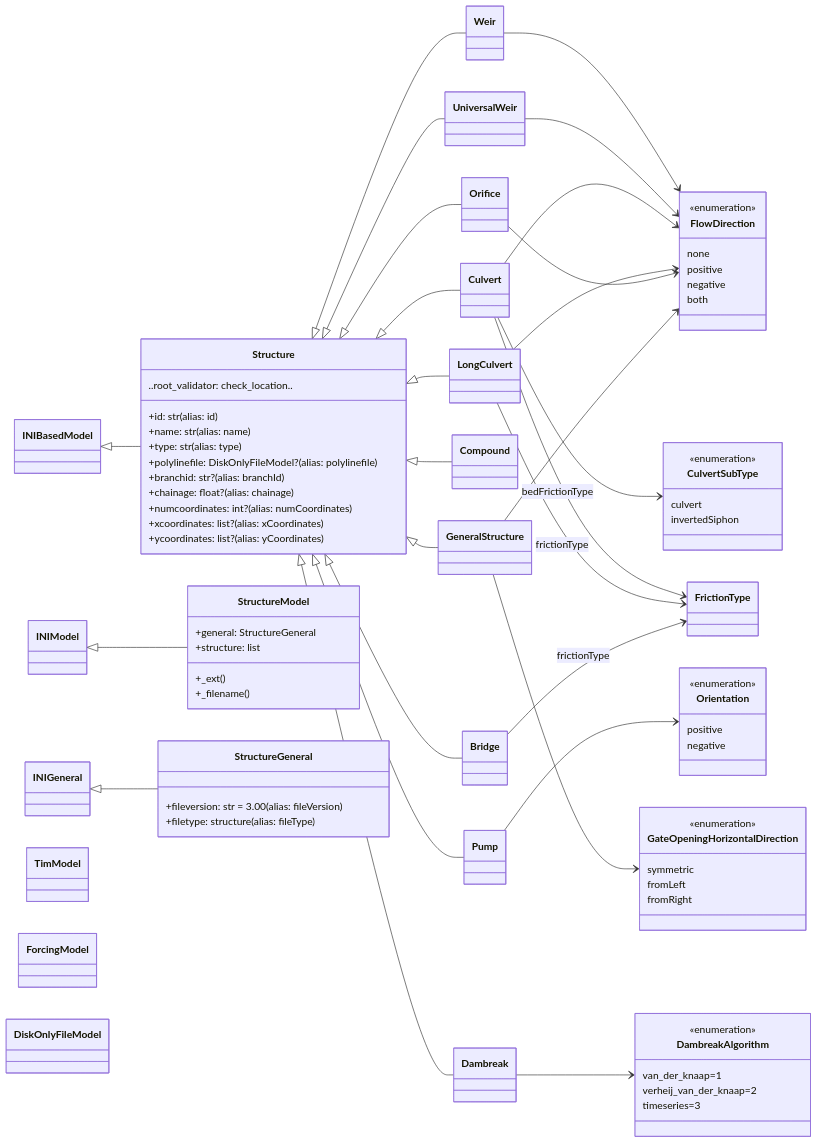
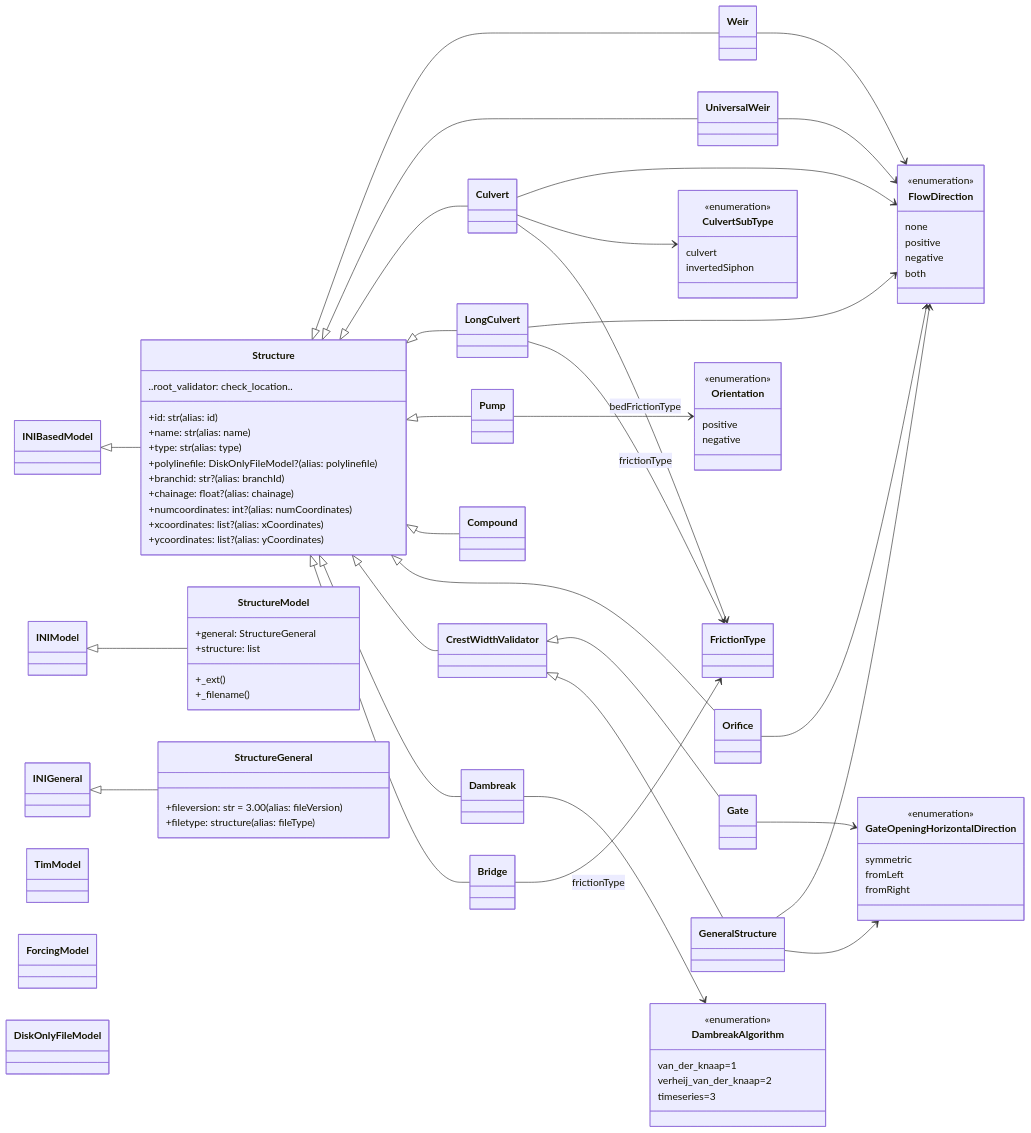
The first of 9 diagrams in docs/reference/dflowfm/external-forcing/structures/structure-overview.md (Deltares/HYDROLIB-core), drawn with Mermaid before and after one commit. The commit also changed other lines of this file, not shown here.

Commit message:
feat(models): add Gate class and CrestWidthValidator for gate width validation

```diff
--- a/docs/reference/dflowfm/external-forcing/structures/structure-overview.md
+++ b/docs/reference/dflowfm/external-forcing/structures/structure-overview.md
@@ -41,6 +41,7 @@
     class Pump
     class Compound
     class Orifice
+    class Gate
     class GeneralStructure
     class Dambreak
     class Bridge
@@ -67,7 +68,9 @@
     Structure <|-- Pump
     Structure <|-- Compound
     Structure <|-- Orifice
-    Structure <|-- GeneralStructure
+    Structure <|-- CrestWidthValidator
+    CrestWidthValidator <|-- Gate
+    CrestWidthValidator <|-- GeneralStructure
     Structure <|-- Dambreak
     Structure <|-- Bridge
 
@@ -112,6 +115,7 @@
     Culvert --> FlowDirection
     LongCulvert --> FlowDirection
     Orifice --> FlowDirection
+    Gate --> GateOpeningHorizontalDirection
     GeneralStructure --> FlowDirection
     Pump --> Orientation
     GeneralStructure --> GateOpeningHorizontalDirection
```
